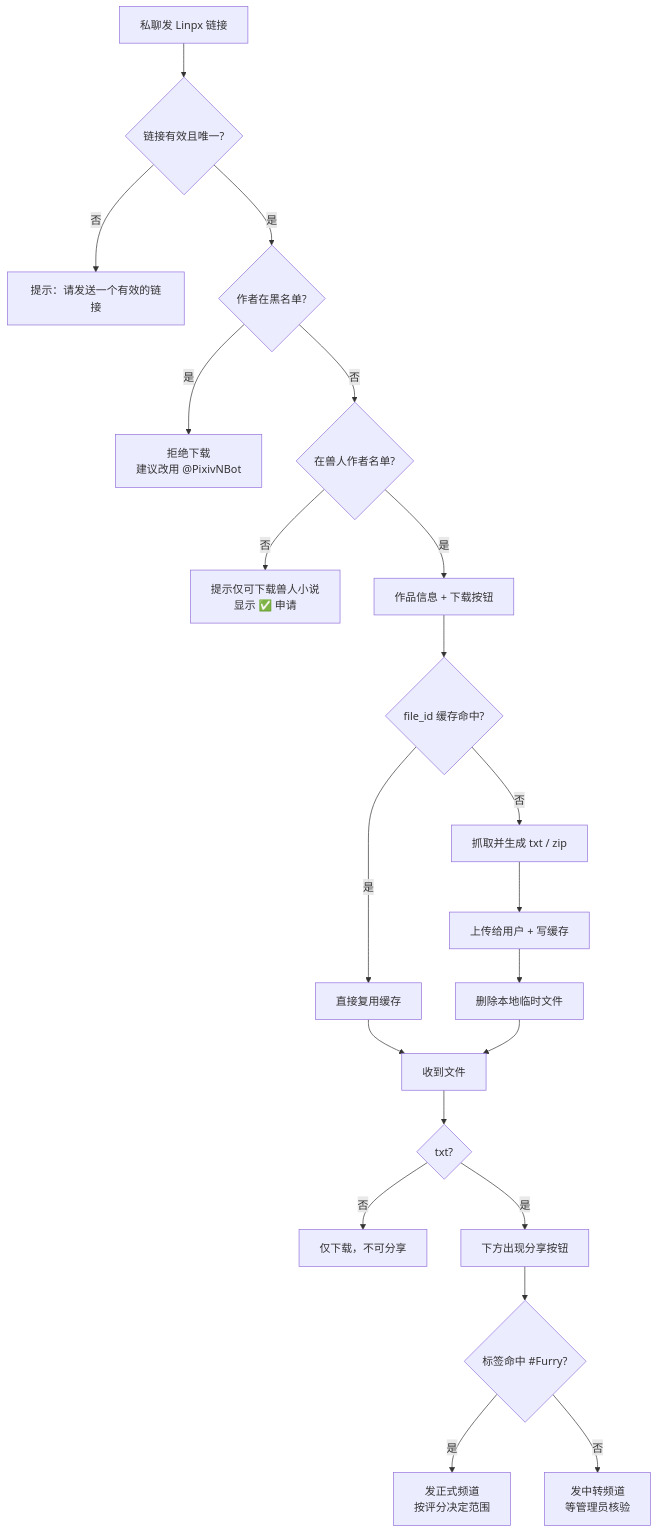
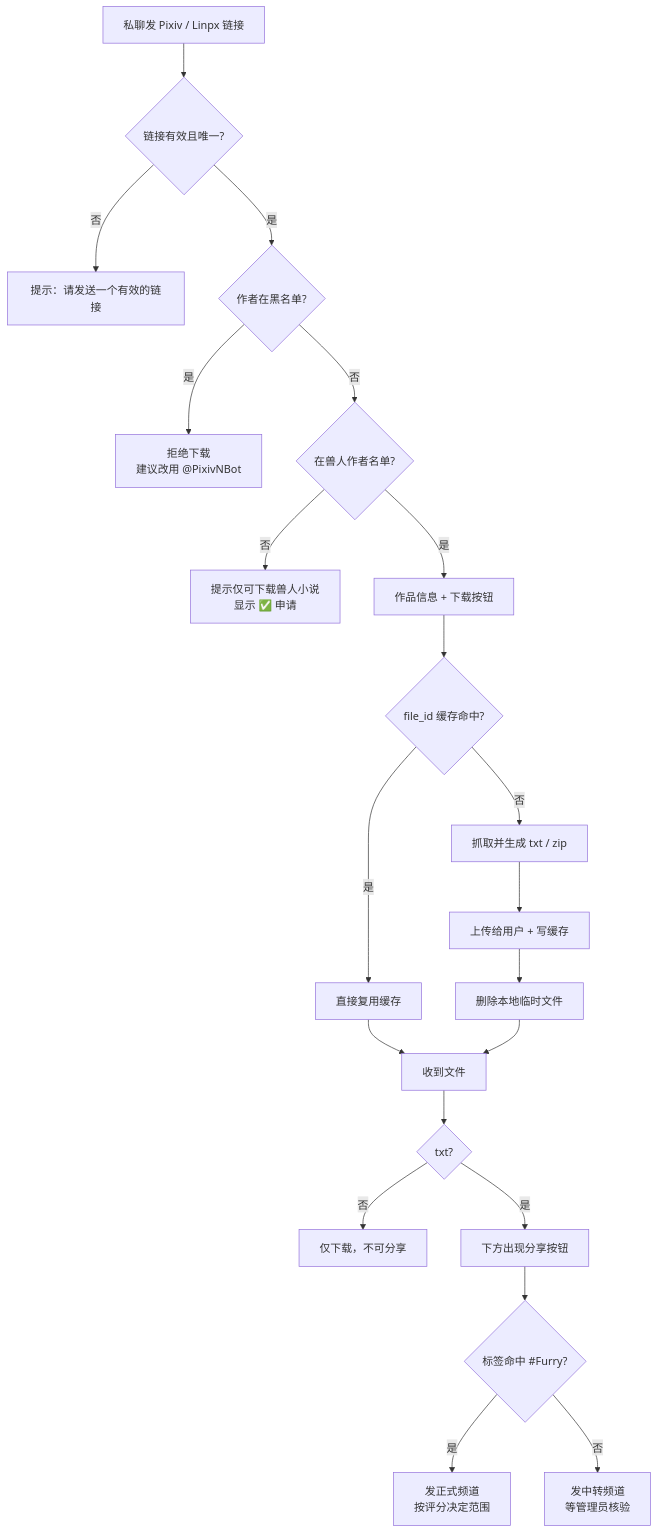
The diagram in docs/02-用户使用流程.md (DowneyRem/FurryReadingBot), drawn with Mermaid before and after one commit. The commit also changed other lines of this file and 8 other files, not shown here.

````diff
--- a/docs/02-用户使用流程.md
+++ b/docs/02-用户使用流程.md
@@ -36,23 +37,23 @@
 ```mermaid
 flowchart TD
-    A[私聊发 Linpx 链接] --> B{链接有效且唯一?}
+    A[私聊发 Pixiv / Linpx 链接] --> B{链接有效且唯一?}
     B -- 否 --> B1[提示：请发送一个有效的链接]
     B -- 是 --> C{作者在黑名单?}
     C -- 是 --> C1[拒绝下载<br/>建议改用 @PixivNBot]
     C -- 否 --> D{在兽人作者名单?}
     D -- 否 --> D1[提示仅可下载兽人小说<br/>显示 ✅ 申请]
     D -- 是 --> E[作品信息 + 下载按钮]
     E --> F{file_id 缓存命中?}
     F -- 是 --> G[直接复用缓存]
     F -- 否 --> H[抓取并生成 txt / zip]
     H --> I[上传给用户 + 写缓存]
     I --> J[删除本地临时文件]
     G --> K[收到文件]
     J --> K
     K --> L{txt?}
     L -- 否 --> N[仅下载，不可分享]
     L -- 是 --> M[下方出现分享按钮]
     M --> Q{标签命中 #Furry?}
     Q -- 是 --> R[发正式频道<br/>按评分决定范围]
     Q -- 否 --> S[发中转频道<br/>等管理员核验]
 ```
````
